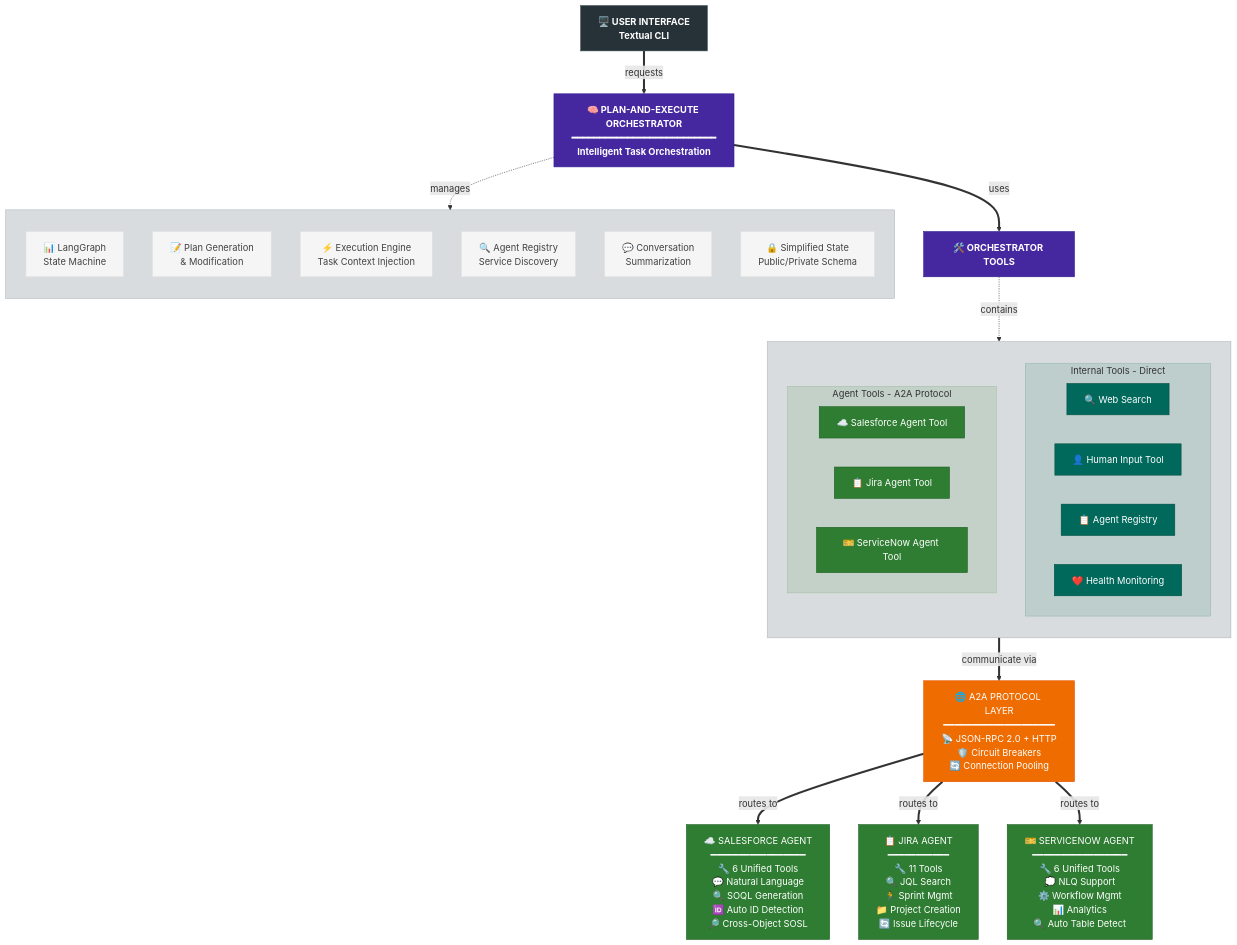
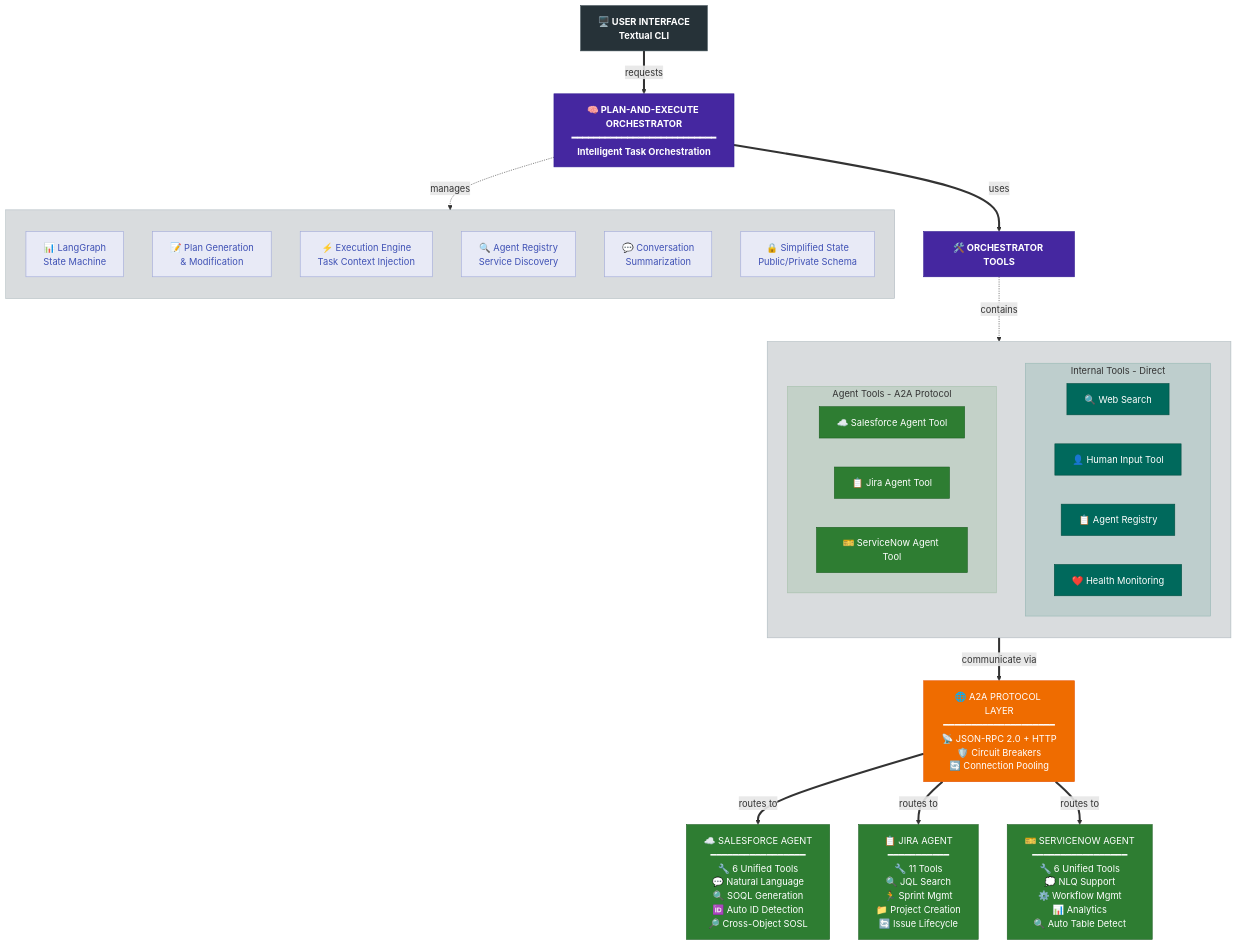
Before and after one commit to nickpeterson92/consultant-assistant: the diagram in README.md, drawn with Mermaid.

Commit message:
coloring for readme

````diff
--- a/README.md
+++ b/README.md
@@ -66,69 +66,69 @@
 ```mermaid
 flowchart TB
     %% Modern, sleek color scheme with subtle, muted tones
     classDef uiClass fill:#263238,stroke:#37474f,stroke-width:1px,color:#ffffff,font-weight:bold
     classDef orchestratorClass fill:#4527a0,stroke:#311b92,stroke-width:1px,color:#ffffff,font-weight:bold
     classDef protocolClass fill:#ef6c00,stroke:#e65100,stroke-width:1px,color:#ffffff
     classDef agentToolClass fill:#2e7d32,stroke:#1b5e20,stroke-width:1px,color:#ffffff
     classDef internalToolClass fill:#00695c,stroke:#004d40,stroke-width:1px,color:#ffffff
-    classDef componentClass fill:#f5f5f5,stroke:#e0e0e0,stroke-width:1px,color:#424242
+    classDef componentClass fill:#e8eaf6,stroke:#9fa8da,stroke-width:1px,color:#3f51b5
     
     %% User Interface Layer
     UI[🖥️ USER INTERFACE<br>Textual CLI]:::uiClass
     
     %% Main Orchestrator
     UI ==>|"requests"| ORCH[🧠 PLAN-AND-EXECUTE ORCHESTRATOR<br>━━━━━━━━━━━━━━━━━━━━━━━━━━<br>Intelligent Task Orchestration]:::orchestratorClass
     
     %% Core Components with semi-transparent styling
     subgraph components[" "]
         direction TB
         LG[📊 LangGraph<br>State Machine]:::componentClass
         PG[📝 Plan Generation<br>& Modification]:::componentClass
         EE[⚡ Execution Engine<br>Task Context Injection]:::componentClass
         AR[🔍 Agent Registry<br>Service Discovery]:::componentClass
         CS[💬 Conversation<br>Summarization]:::componentClass
         SS[🔒 Simplified State<br>Public/Private Schema]:::componentClass
     end
     
     %% All Tools under one umbrella
     ORCH ==>|"uses"| TOOLS[🛠️ ORCHESTRATOR TOOLS]:::orchestratorClass
     
     %% Tools subgraph containing both types
     subgraph tools[" "]
         direction TB
         
         %% Internal Tools (Direct)
         subgraph internal["Internal Tools - Direct"]
             WS[🔍 Web Search]:::internalToolClass
             HI[👤 Human Input Tool]:::internalToolClass
             REG[📋 Agent Registry]:::internalToolClass
             HM[❤️ Health Monitoring]:::internalToolClass
         end
         
         %% Agent Tools (via A2A)
         subgraph agents["Agent Tools - A2A Protocol"]
             SFT[☁️ Salesforce Agent Tool]:::agentToolClass
             JT[📋 Jira Agent Tool]:::agentToolClass
             SNT[🎫 ServiceNow Agent Tool]:::agentToolClass
         end
     end
     
     TOOLS -.->|contains| tools
     
     %% A2A Protocol connection from agent tools
     agents ==>|"communicate via"| PROTOCOL[🌐 A2A PROTOCOL LAYER<br>━━━━━━━━━━━━━━━━━━━━<br>📡 JSON-RPC 2.0 + HTTP<br>🛡️ Circuit Breakers<br>🔄 Connection Pooling]:::protocolClass
     
     %% Remote Agents
     PROTOCOL ==>|"routes to"| SF[☁️ SALESFORCE AGENT<br>━━━━━━━━━━━━━━━━━<br>🔧 6 Unified Tools<br>💬 Natural Language<br>🔍 SOQL Generation<br>🆔 Auto ID Detection<br>🔎 Cross-Object SOSL]:::agentToolClass
     
     PROTOCOL ==>|"routes to"| JIRA[📋 JIRA AGENT<br>━━━━━━━━━━━<br>🔧 11 Tools<br>🔍 JQL Search<br>🏃 Sprint Mgmt<br>📁 Project Creation<br>🔄 Issue Lifecycle]:::agentToolClass
     
     PROTOCOL ==>|"routes to"| SN[🎫 SERVICENOW AGENT<br>━━━━━━━━━━━━━━━━━<br>🔧 6 Unified Tools<br>💭 NLQ Support<br>⚙️ Workflow Mgmt<br>📊 Analytics<br>🔍 Auto Table Detect]:::agentToolClass
     
     %% Styling adjustments
     ORCH -.->|manages| components
     style components fill:#37474f30,stroke:#546e7a60,stroke-width:1px
     style tools fill:#37474f30,stroke:#546e7a60,stroke-width:1px
     style internal fill:#00695c20,stroke:#00695c40,stroke-width:1px
     style agents fill:#2e7d3220,stroke:#2e7d3240,stroke-width:1px
 ```
````
